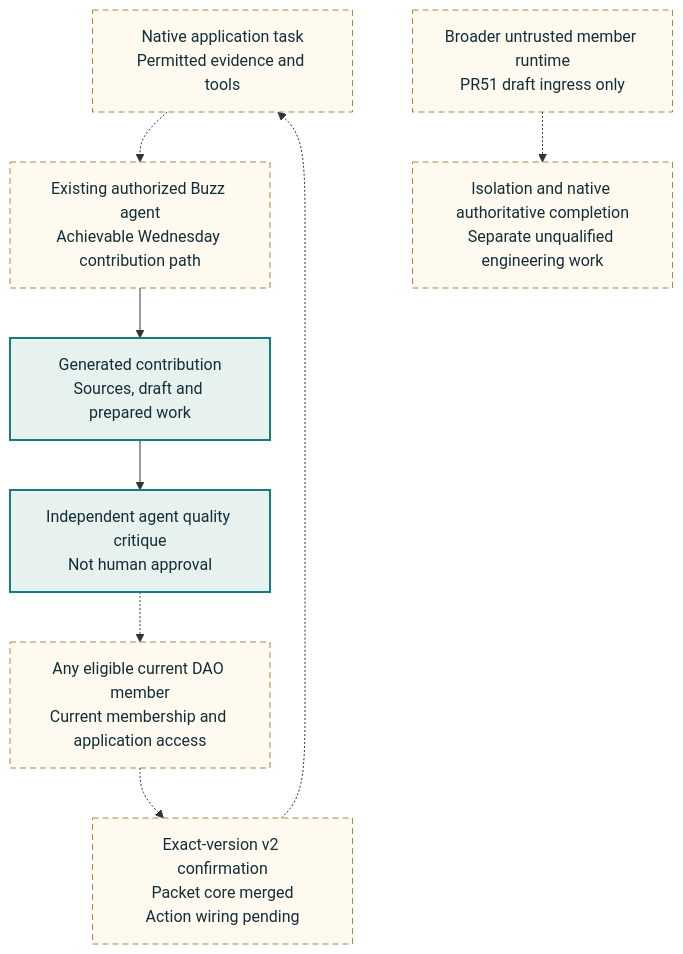
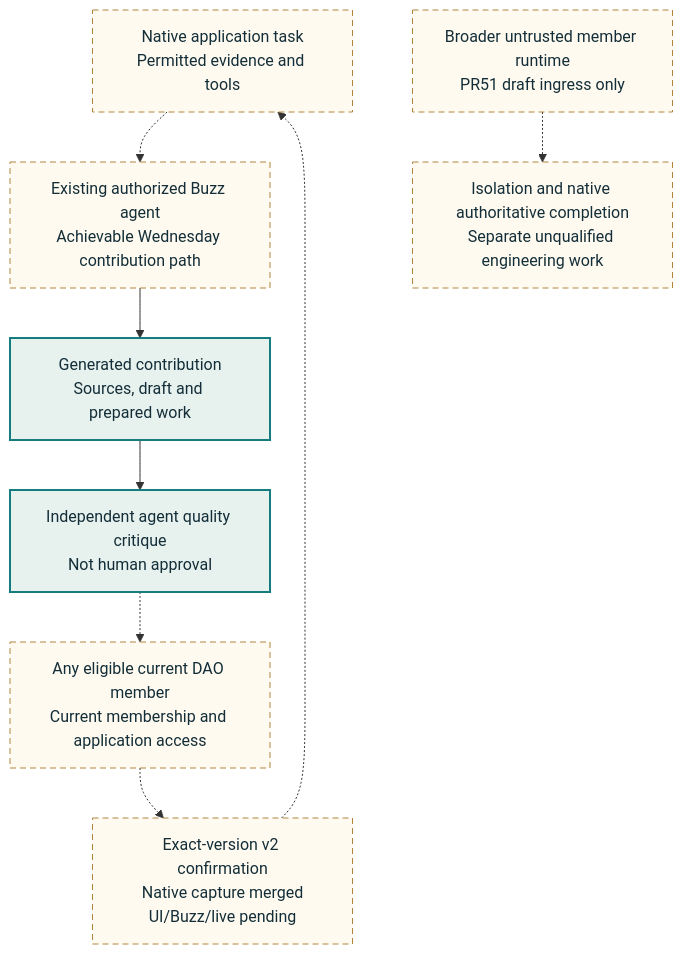
One commit to NetRxn/Inertia changed the diagram in docs/architecture/diagrams/member-execution.mmd. Above: the diagram before and after it, drawn with Mermaid. The commit also changed 22 other files, not shown here.

Commit message:
docs: sync prioritized roadmap and source qualification artifacts

```diff
--- a/docs/architecture/diagrams/member-execution.mmd
+++ b/docs/architecture/diagrams/member-execution.mmd
@@ -1,15 +1,15 @@
 flowchart TB
  T["Native application task<br/>Permitted evidence and tools"] -.-> A["Existing authorized Buzz agent<br/>Achievable Wednesday contribution path"]
  A --> C["Generated contribution<br/>Sources, draft and prepared work"]
  C --> Q["Independent agent quality critique<br/>Not human approval"]
  Q -.-> H["Any eligible current DAO member<br/>Current membership and application access"]
- H -.-> V["Exact-version v2 confirmation<br/>Packet core merged<br/>Action wiring pending"]
+ H -.-> V["Exact-version v2 confirmation<br/>Native capture merged<br/>UI/Buzz/live pending"]
  V -.-> T
  D["Broader untrusted member runtime<br/>PR51 draft ingress only"] -.-> F["Isolation and native authoritative completion<br/>Separate unqualified engineering work"]
  class C,Q core
  class T,A,H,V,D,F planned
 
  classDef core fill:#e7f1ee,stroke:#157d80,color:#132e38,stroke-width:2px
  classDef planned fill:#fffaf0,stroke:#b1853e,color:#132e38,stroke-dasharray:6 4
  classDef reviewed fill:#f5f0ff,stroke:#8064a2,color:#132e38
  classDef store fill:#edf2f7,stroke:#61788b,color:#132e38
```
